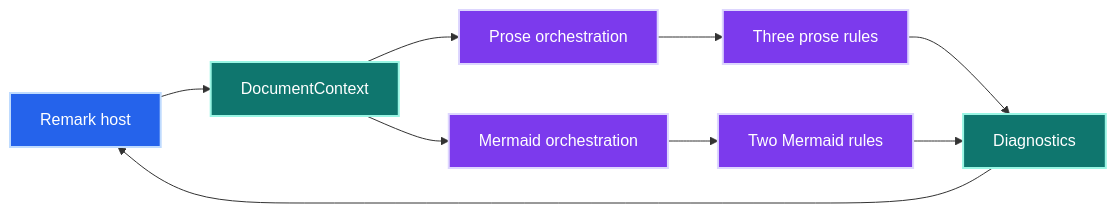
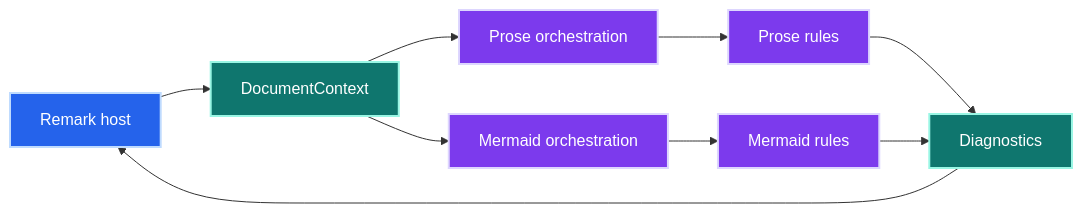
One commit to jpeakai/remark-lint-slopstopper changed the first of 5 diagrams in ARCHITECTURE.md. Above: the diagram before and after it, drawn with Mermaid. The commit also changed other lines of this file and 140 other files, not shown here.

````diff
--- a/ARCHITECTURE.md
+++ b/ARCHITECTURE.md
@@ -13,19 +13,19 @@
 ```mermaid
 ---
 config:
   themeVariables:
     edgeLabelBackground: '#f1f5f9'
 ---
 flowchart LR
     Host[Remark host]:::ingress --> Doc[DocumentContext]:::data
     Doc --> Prose[Prose orchestration]:::compute
     Doc --> Mermaid[Mermaid orchestration]:::compute
-    Prose --> PR[Three prose rules]:::compute
-    Mermaid --> MR[Two Mermaid rules]:::compute
+    Prose --> PR[Prose rules]:::compute
+    Mermaid --> MR[Mermaid rules]:::compute
     PR --> Findings[Diagnostics]:::data
     MR --> Findings
     Findings --> Host
     classDef ingress fill:#2563eb,stroke:#bfdbfe,color:#ffffff,stroke-width:2px
     classDef compute fill:#7c3aed,stroke:#ddd6fe,color:#ffffff,stroke-width:2px
     classDef data fill:#0f766e,stroke:#99f6e4,color:#ffffff,stroke-width:2px
 ```
````
